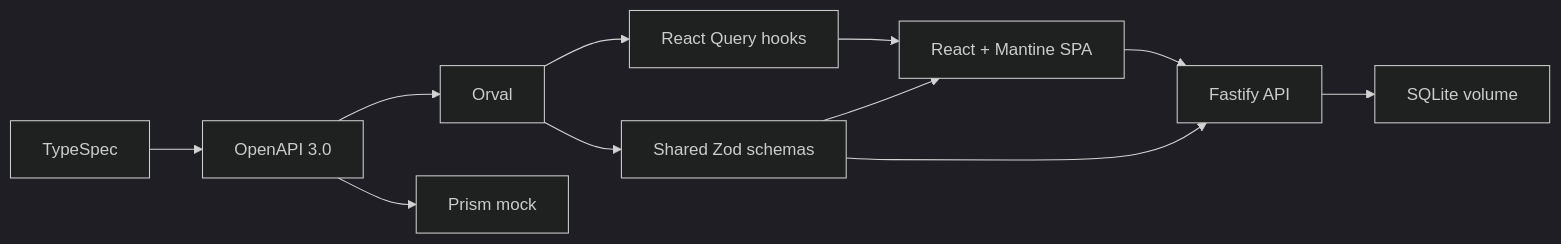
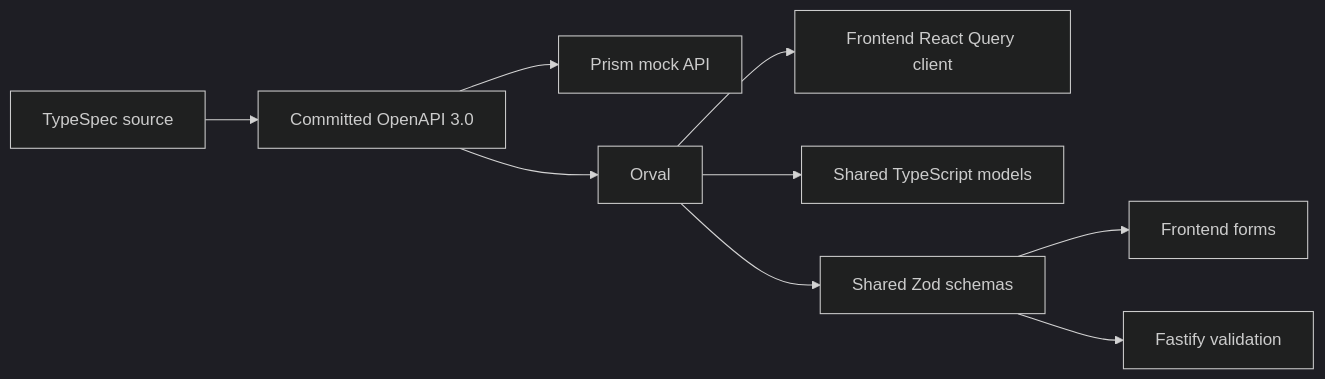
The second of 3 diagrams in project/3. Architecture/SAD.md (iosautkin/ai-for-developers-project-386), drawn with Mermaid (dark theme) before and after one commit. The commit also changed other lines of this file and 53 other files, not shown here.

Commit message:
feat(architecture): define API and module contracts

````diff
--- a/project/3. Architecture/SAD.md
+++ b/project/3. Architecture/SAD.md
@@ -15,13 +53,11 @@
 ```mermaid
 flowchart LR
-  TSP["TypeSpec"] --> OAS["OpenAPI 3.0"]
+  TSP["TypeSpec source"] --> OAS["Committed OpenAPI 3.0"]
+  OAS --> PRISM["Prism mock API"]
   OAS --> ORVAL["Orval"]
-  OAS --> PRISM["Prism mock"]
-  ORVAL --> CLIENT["React Query hooks"]
-  ORVAL --> SCHEMAS["Shared Zod schemas"]
-  BROWSER["React + Mantine SPA"] --> API["Fastify API"]
-  CLIENT --> BROWSER
-  SCHEMAS --> BROWSER
-  SCHEMAS --> API
-  API --> DB["SQLite volume"]
+  ORVAL --> CLIENT["Frontend React Query client"]
+  ORVAL --> MODELS["Shared TypeScript models"]
+  ORVAL --> ZOD["Shared Zod schemas"]
+  ZOD --> FRONTEND["Frontend forms"]
+  ZOD --> BACKEND["Fastify validation"]
 ```
````
